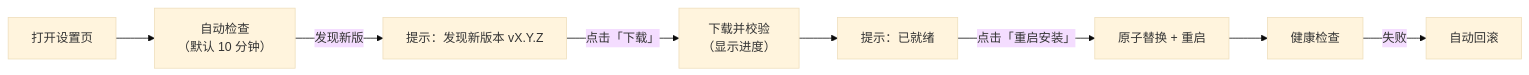
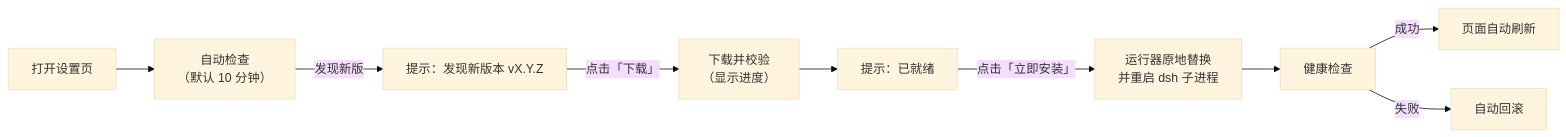
Before and after one commit to cliii-one/DSH_FNOS: the second of 2 diagrams in README.md, drawn with Mermaid (base theme). The commit also changed other lines of this file and 5 other files, not shown here.

````diff
--- a/README.md
+++ b/README.md
@@ -100,10 +101,11 @@
 ```mermaid
 graph LR
     A["打开设置页"] --> B["自动检查<br/>（默认 10 分钟）"]
     B -->|发现新版| C["提示：发现新版本 vX.Y.Z"]
     C -->|点击「下载」| D["下载并校验<br/>（显示进度）"]
     D --> E["提示：已就绪"]
-    E -->|点击「重启安装」| F["原子替换 + 重启"]
+    E -->|点击「立即安装」| F["运行器原地替换<br/>并重启 dsh 子进程"]
     F --> G["健康检查"]
-    G -->|失败| H["自动回滚"]
+    G -->|成功| H["页面自动刷新"]
+    G -->|失败| I["自动回滚"]
 ```
````
